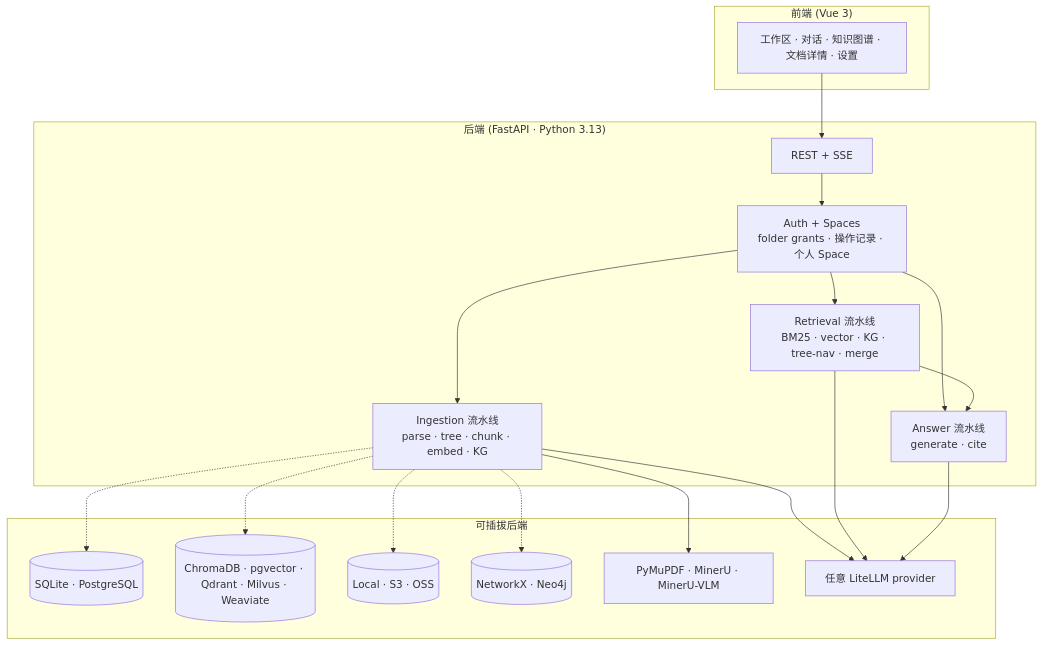
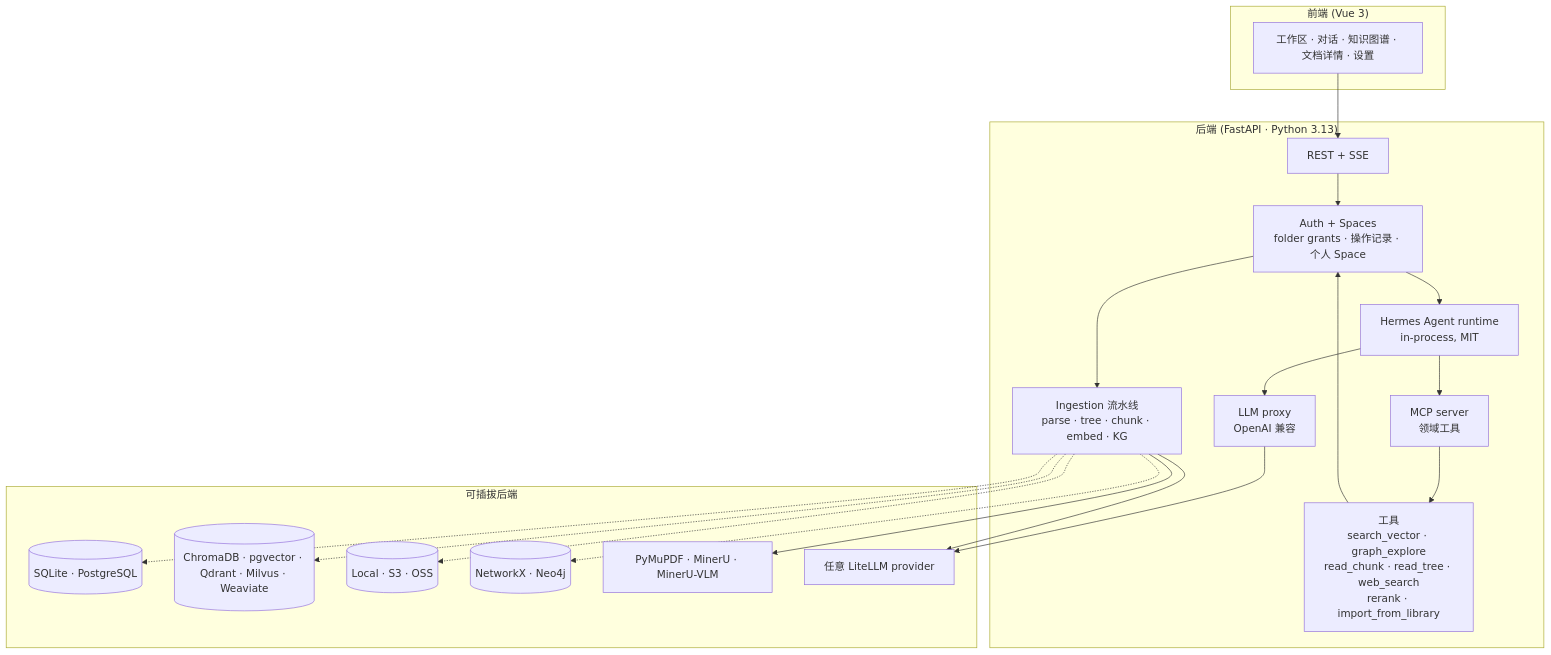
One commit to deeplethe/ForgeRAG changed the second of 2 diagrams in README_CN.md. Above: the diagram before and after it, drawn with Mermaid. The commit also changed other lines of this file and 3 other files, not shown here.

````diff
--- a/README_CN.md
+++ b/README_CN.md
@@ -139,30 +160,35 @@
 ```mermaid
 flowchart TB
     subgraph "前端 (Vue 3)"
         UI[工作区 · 对话 · 知识图谱 · 文档详情 · 设置]
     end
     subgraph "后端 (FastAPI · Python 3.13)"
         API[REST + SSE]
+        AGENT[Hermes Agent runtime<br/>in-process, MIT]
+        MCP[MCP server<br/>领域工具]
+        LLMP[LLM proxy<br/>OpenAI 兼容]
         ING[Ingestion 流水线<br/>parse · tree · chunk · embed · KG]
-        RET[Retrieval 流水线<br/>BM25 · vector · KG · tree-nav · merge]
-        ANS[Answer 流水线<br/>generate · cite]
+        TOOLS[工具<br/>search_vector · graph_explore<br/>read_chunk · read_tree · web_search<br/>rerank · import_from_library]
         AUTH[Auth + Spaces<br/>folder grants · 操作记录 · 个人 Space]
     end
     subgraph "可插拔后端"
         REL[(SQLite · PostgreSQL)]
         VEC[(ChromaDB · pgvector · Qdrant · Milvus · Weaviate)]
         BLOB[(Local · S3 · OSS)]
         KGS[(NetworkX · Neo4j)]
         PARSE[PyMuPDF · MinerU · MinerU-VLM]
         LLM[任意 LiteLLM provider]
     end
     UI --> API
     API --> AUTH
-    AUTH --> ING & RET & ANS
-    RET --> ANS
+    AUTH --> AGENT
+    AUTH --> ING
+    AGENT --> MCP
+    AGENT --> LLMP
+    MCP --> TOOLS
+    TOOLS --> AUTH
+    LLMP --> LLM
     ING -.-> REL & VEC & BLOB & KGS
     ING --> PARSE
     ING --> LLM
-    RET --> LLM
-    ANS --> LLM
 ```
````
